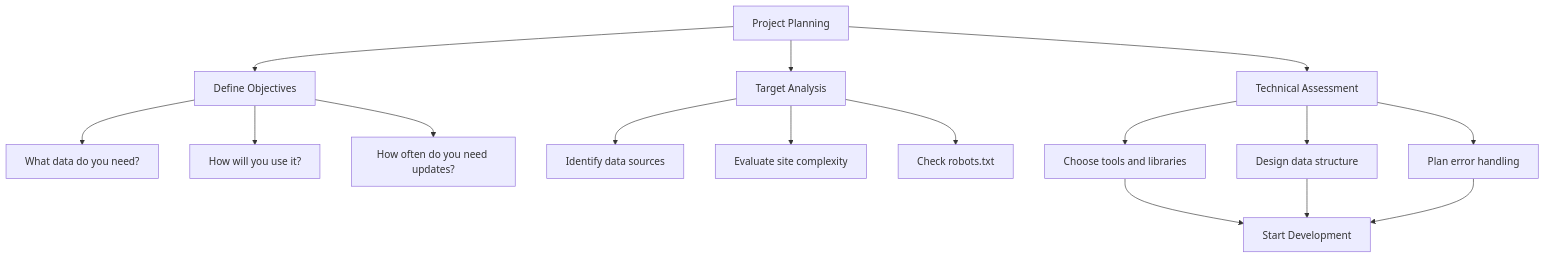
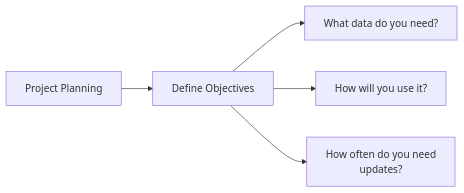
Before and after one commit to bytetunnels/bytetunnels.github.com: the first of 5 diagrams in _posts/2025-05-04-first-scraping-project-practical-roadmap.md, drawn with Mermaid. The commit also changed other lines of this file and 118 other files, not shown here.

Commit message:
feat: improve diagram styling and compact wide flowcharts

````diff
--- a/_posts/2025-05-04-first-scraping-project-practical-roadmap.md
+++ b/_posts/2025-05-04-first-scraping-project-practical-roadmap.md
@@ -33,22 +33,8 @@
 ```mermaid
-flowchart TD
+flowchart LR
     A[Project Planning] --> B[Define Objectives]
-    A --> C[Target Analysis]
-    A --> D[Technical Assessment]
-    
+
     B --> E[What data do you need?]
     B --> F[How will you use it?]
-    B --> G[How often do you need updates?]
-    
-    C --> H[Identify data sources]
-    C --> I[Evaluate site complexity]
-    C --> J[Check robots.txt]
-    
-    D --> K[Choose tools and libraries]
-    D --> L[Design data structure]
-    D --> M[Plan error handling]
-    
-    K --> N[Start Development]
-    L --> N
-    M --> N
+    B --> G["How often do you need<br/>updates?"]
 ```
````
